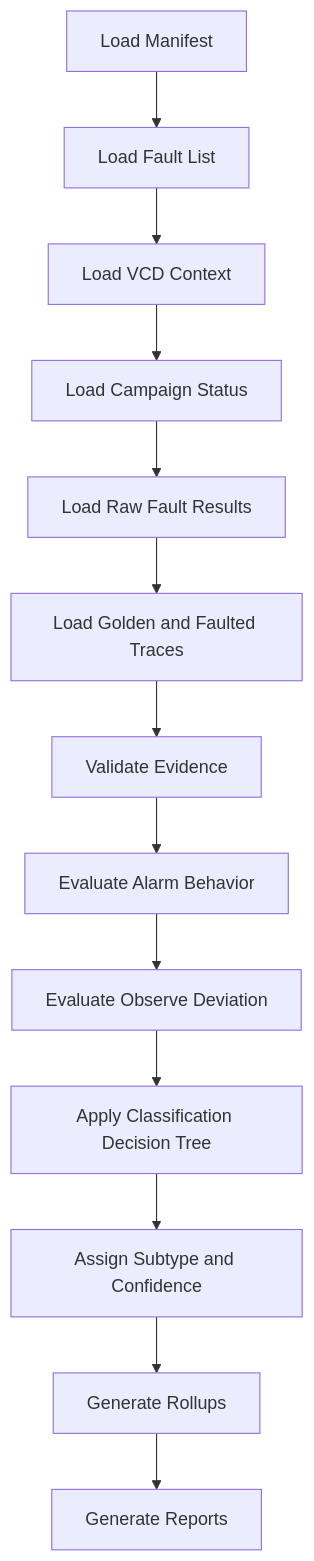
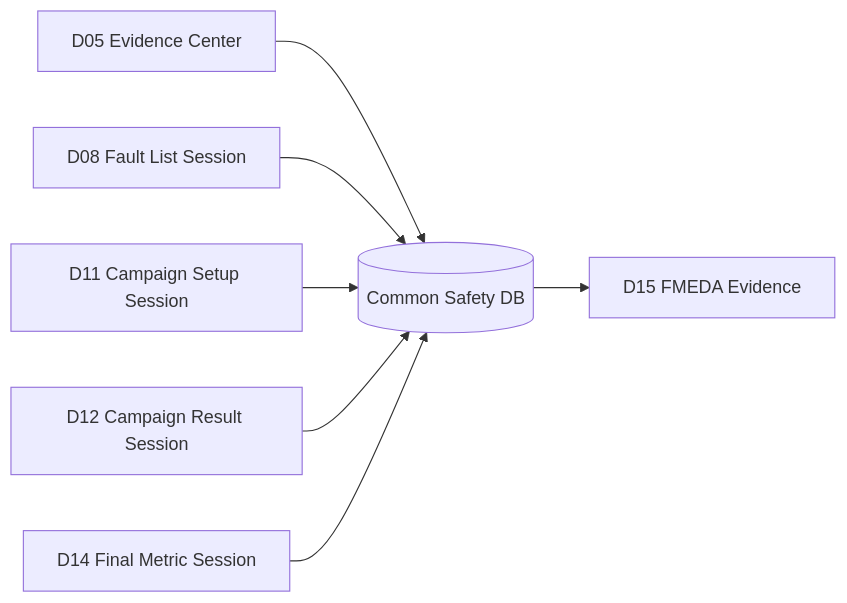
One commit to qiqixixi1001/automotive-safeic-practice changed the fourth of 5 diagrams in articles/11_automotive_safeic_practice_d11_github_en_fault_outcome_classification.md. Above: the diagram before and after it, drawn with Mermaid. The commit also changed other lines of this file, not shown here.

````diff
--- a/articles/11_automotive_safeic_practice_d11_github_en_fault_outcome_classification.md
+++ b/articles/11_automotive_safeic_practice_d11_github_en_fault_outcome_classification.md
@@ -1175,15 +628,9 @@
 ```mermaid
-flowchart TD
-    A[Load Manifest] --> B[Load Fault List]
-    B --> C[Load VCD Context]
-    C --> D[Load Campaign Status]
-    D --> E[Load Raw Fault Results]
-    E --> F[Load Golden and Faulted Traces]
-    F --> G[Validate Evidence]
-    G --> H[Evaluate Alarm Behavior]
-    H --> I[Evaluate Observe Deviation]
-    I --> J[Apply Classification Decision Tree]
-    J --> K[Assign Subtype and Confidence]
-    K --> L[Generate Rollups]
-    L --> M[Generate Reports]
+flowchart LR
+    A[D05 Evidence Center] --> DB[(Common Safety DB)]
+    B[D08 Fault List Session] --> DB
+    C[D11 Campaign Setup Session] --> DB
+    D[D12 Campaign Result Session] --> DB
+    E[D14 Final Metric Session] --> DB
+    DB --> F[D15 FMEDA Evidence]
 ```
````
